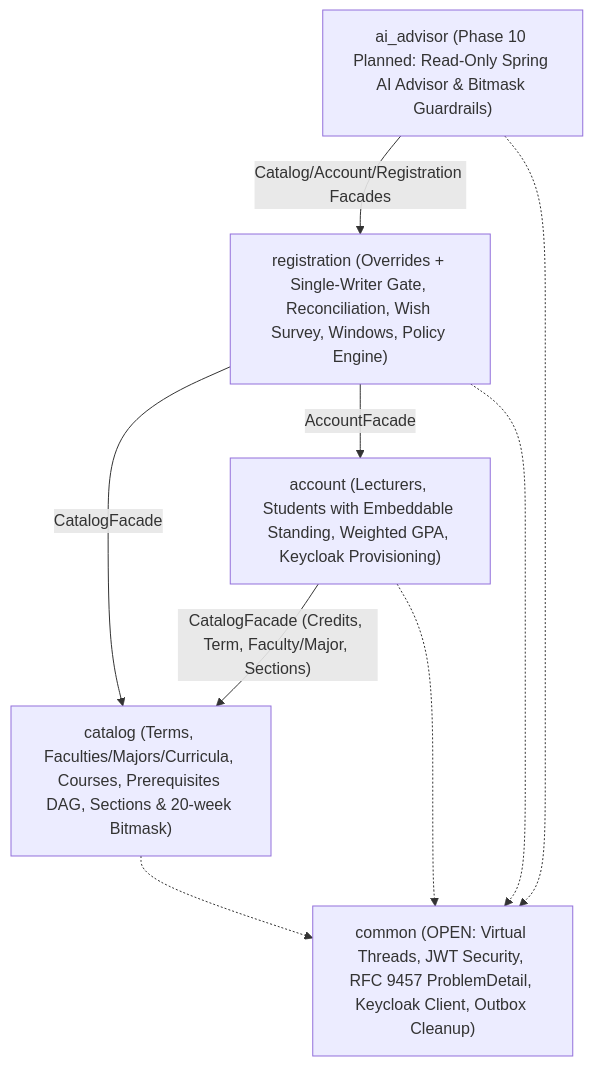
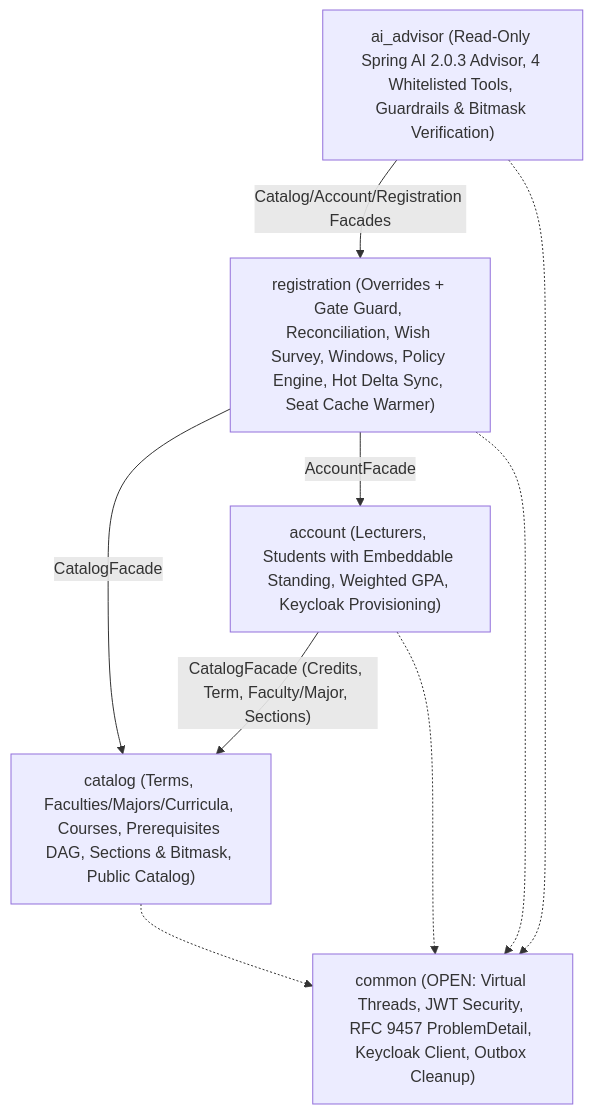
The first of 3 diagrams in guides/en/architecture.md (D3etMe4n/unieee), drawn with Mermaid before and after one commit. The commit also changed other lines of this file and 7 other files, not shown here.

Commit message:
docs(guides): update architecture, getting-started, roadmap, and hub guides through Phase 11

````diff
--- a/guides/en/architecture.md
+++ b/guides/en/architecture.md
@@ -26,18 +26,18 @@
 ```mermaid
 flowchart TB
     common["common (OPEN: Virtual Threads, JWT Security, RFC 9457 ProblemDetail, Keycloak Client, Outbox Cleanup)"]
-    catalog["catalog (Terms, Faculties/Majors/Curricula, Courses, Prerequisites DAG, Sections & 20-week Bitmask)"]
+    catalog["catalog (Terms, Faculties/Majors/Curricula, Courses, Prerequisites DAG, Sections & Bitmask, Public Catalog)"]
     account["account (Lecturers, Students with Embeddable Standing, Weighted GPA, Keycloak Provisioning)"]
-    registration["registration (Overrides + Single-Writer Gate, Reconciliation, Wish Survey, Windows, Policy Engine)"]
-    ai["ai_advisor (Phase 10 Planned: Read-Only Spring AI Advisor & Bitmask Guardrails)"]
+    registration["registration (Overrides + Gate Guard, Reconciliation, Wish Survey, Windows, Policy Engine, Hot Delta Sync, Seat Cache Warmer)"]
+    ai["ai_advisor (Read-Only Spring AI 2.0.3 Advisor, 4 Whitelisted Tools, Guardrails & Bitmask Verification)"]
 
     ai -->|"Catalog/Account/Registration Facades"| registration
     registration -->|"AccountFacade"| account
     registration -->|"CatalogFacade"| catalog
     account -->|"CatalogFacade (Credits, Term, Faculty/Major, Sections)"| catalog
 
     catalog -.-> common
     account -.-> common
     registration -.-> common
     ai -.-> common
 ```
````
